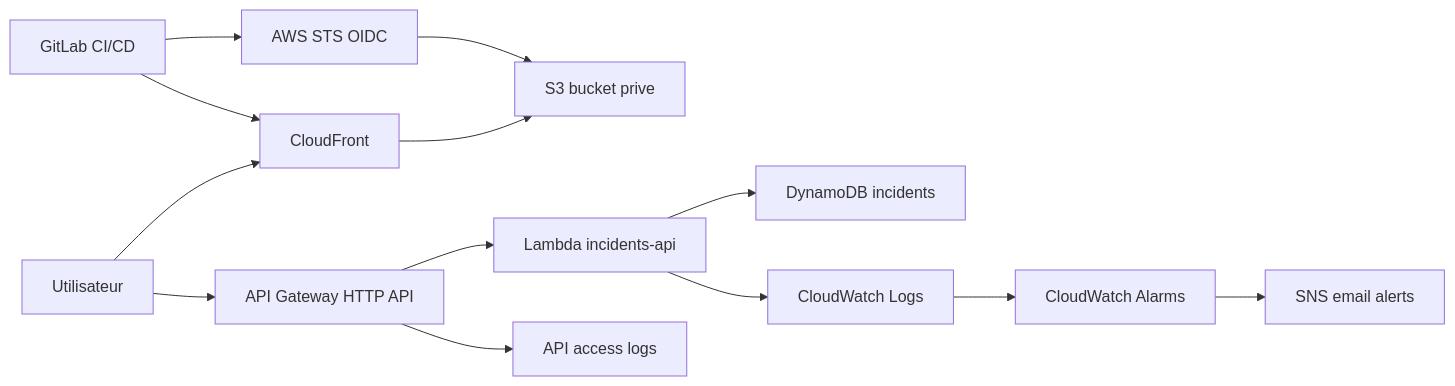
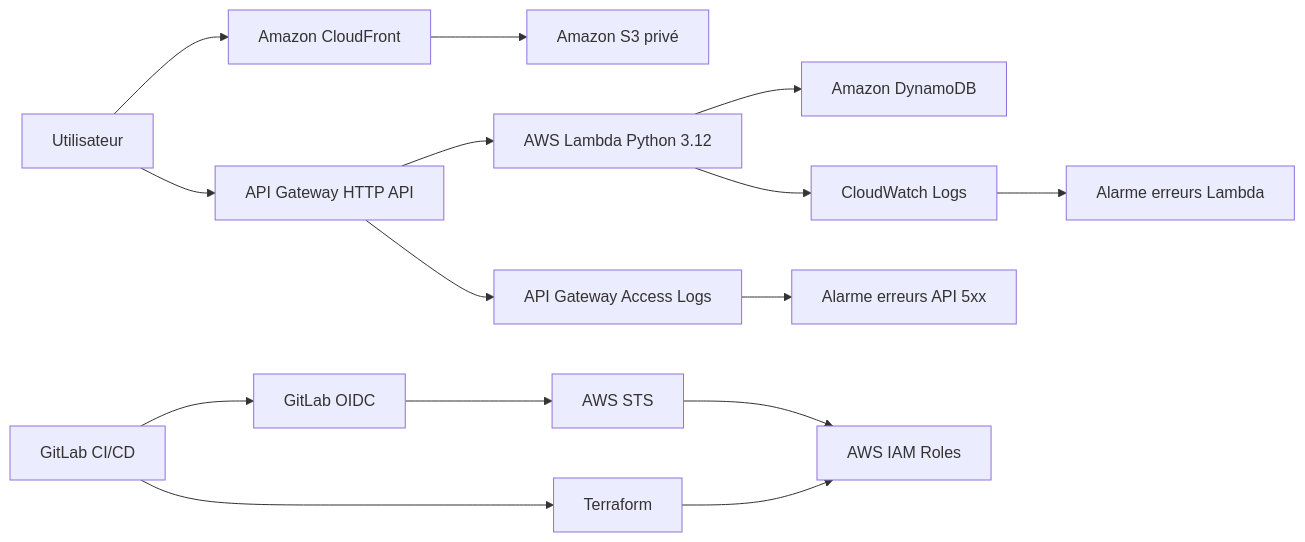
One commit to ylhan237/incidentops changed the diagram in README.md. Above: the diagram before and after it, drawn with Mermaid. The commit also changed other lines of this file and 3 other files, not shown here.

````diff
--- a/README.md
+++ b/README.md
@@ -27,15 +52,22 @@
 ```mermaid
 flowchart LR
-    User["Utilisateur"] --> CF["CloudFront"]
-    CF --> S3["S3 bucket prive"]
-    User --> APIGW["API Gateway HTTP API"]
-    APIGW --> Lambda["Lambda incidents-api"]
-    Lambda --> DDB["DynamoDB incidents"]
-    Lambda --> CW["CloudWatch Logs"]
-    APIGW --> APILogs["API access logs"]
-    CW --> Alarm["CloudWatch Alarms"]
-    Alarm --> SNS["SNS email alerts"]
-    GitLab["GitLab CI/CD"] --> STS["AWS STS OIDC"]
-    STS --> S3
-    GitLab --> CF
+    U[Utilisateur] --> CF[Amazon CloudFront]
+    CF --> S3[Amazon S3 privé]
+
+    U --> APIGW[API Gateway HTTP API]
+    APIGW --> L[AWS Lambda Python 3.12]
+    L --> DDB[Amazon DynamoDB]
+
+    L --> CWL[CloudWatch Logs]
+    APIGW --> CWA[API Gateway Access Logs]
+
+    CWL --> AL1[Alarme erreurs Lambda]
+    CWA --> AL2[Alarme erreurs API 5xx]
+
+    GL[GitLab CI/CD] --> OIDC[GitLab OIDC]
+    OIDC --> STS[AWS STS]
+    STS --> IAM[AWS IAM Roles]
+
+    GL --> TF[Terraform]
+    TF --> IAM
 ```
````
